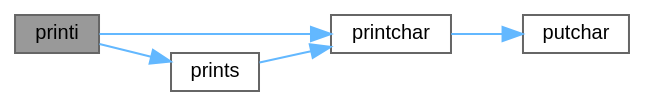
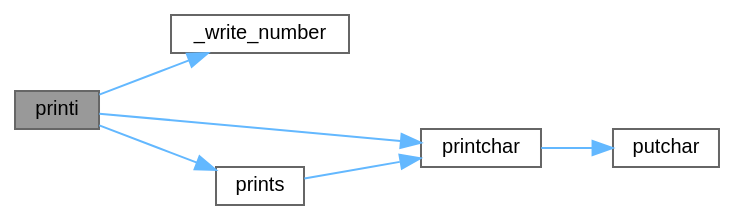
One commit to ebs-universe/piolib-printf changed the diagram in printf_8c_ad9c642f8af1fe47d03e648b146da3b8d_cgraph.dot. Above: the diagram before and after it, drawn with Graphviz. The commit also changed 131 other files, not shown here.

```diff
--- a/printf_8c_ad9c642f8af1fe47d03e648b146da3b8d_cgraph.dot
+++ b/printf_8c_ad9c642f8af1fe47d03e648b146da3b8d_cgraph.dot
@@ -1,17 +1,19 @@
 digraph "printi"
 {
  // INTERACTIVE_SVG=YES
  // LATEX_PDF_SIZE
   bgcolor="transparent";
   edge [fontname=Helvetica,fontsize=10,labelfontname=Helvetica,labelfontsize=10];
   node [fontname=Helvetica,fontsize=10,shape=box,height=0.2,width=0.4];
   rankdir="LR";
   Node1 [id="Node000001",label="printi",height=0.2,width=0.4,color="gray40", fillcolor="grey60", style="filled", fontcolor="black",tooltip=" "];
   Node1 -> Node2 [id="edge1_Node000001_Node000002",color="steelblue1",style="solid",tooltip=" "];
-  Node2 [id="Node000002",label="printchar",height=0.2,width=0.4,color="grey40", fillcolor="white", style="filled",URL="$printf_8c.html#a467a00da8c720b8dddc7088e2805291c",tooltip=" "];
-  Node2 -> Node3 [id="edge2_Node000002_Node000003",color="steelblue1",style="solid",tooltip=" "];
-  Node3 [id="Node000003",label="putchar",height=0.2,width=0.4,color="grey40", fillcolor="white", style="filled",URL="$printf_8c.html#af4de2514b7778805db3815e8dd6cf09a",tooltip=" "];
-  Node1 -> Node4 [id="edge3_Node000001_Node000004",color="steelblue1",style="solid",tooltip=" "];
-  Node4 [id="Node000004",label="prints",height=0.2,width=0.4,color="grey40", fillcolor="white", style="filled",URL="$printf_8c.html#a6ce76a789a6153b7e1b16bc3a6969563",tooltip=" "];
-  Node4 -> Node2 [id="edge4_Node000004_Node000002",color="steelblue1",style="solid",tooltip=" "];
+  Node2 [id="Node000002",label="_write_number",height=0.2,width=0.4,color="grey40", fillcolor="white", style="filled",URL="$printf_8c.html#a81ec43c10454c3c5036f9876f067d219",tooltip=" "];
+  Node1 -> Node3 [id="edge2_Node000001_Node000003",color="steelblue1",style="solid",tooltip=" "];
+  Node3 [id="Node000003",label="printchar",height=0.2,width=0.4,color="grey40", fillcolor="white", style="filled",URL="$printf_8c.html#a467a00da8c720b8dddc7088e2805291c",tooltip=" "];
+  Node3 -> Node4 [id="edge3_Node000003_Node000004",color="steelblue1",style="solid",tooltip=" "];
+  Node4 [id="Node000004",label="putchar",height=0.2,width=0.4,color="grey40", fillcolor="white", style="filled",URL="$printf_8c.html#af4de2514b7778805db3815e8dd6cf09a",tooltip=" "];
+  Node1 -> Node5 [id="edge4_Node000001_Node000005",color="steelblue1",style="solid",tooltip=" "];
+  Node5 [id="Node000005",label="prints",height=0.2,width=0.4,color="grey40", fillcolor="white", style="filled",URL="$printf_8c.html#a6ce76a789a6153b7e1b16bc3a6969563",tooltip=" "];
+  Node5 -> Node3 [id="edge5_Node000005_Node000003",color="steelblue1",style="solid",tooltip=" "];
 }
```
